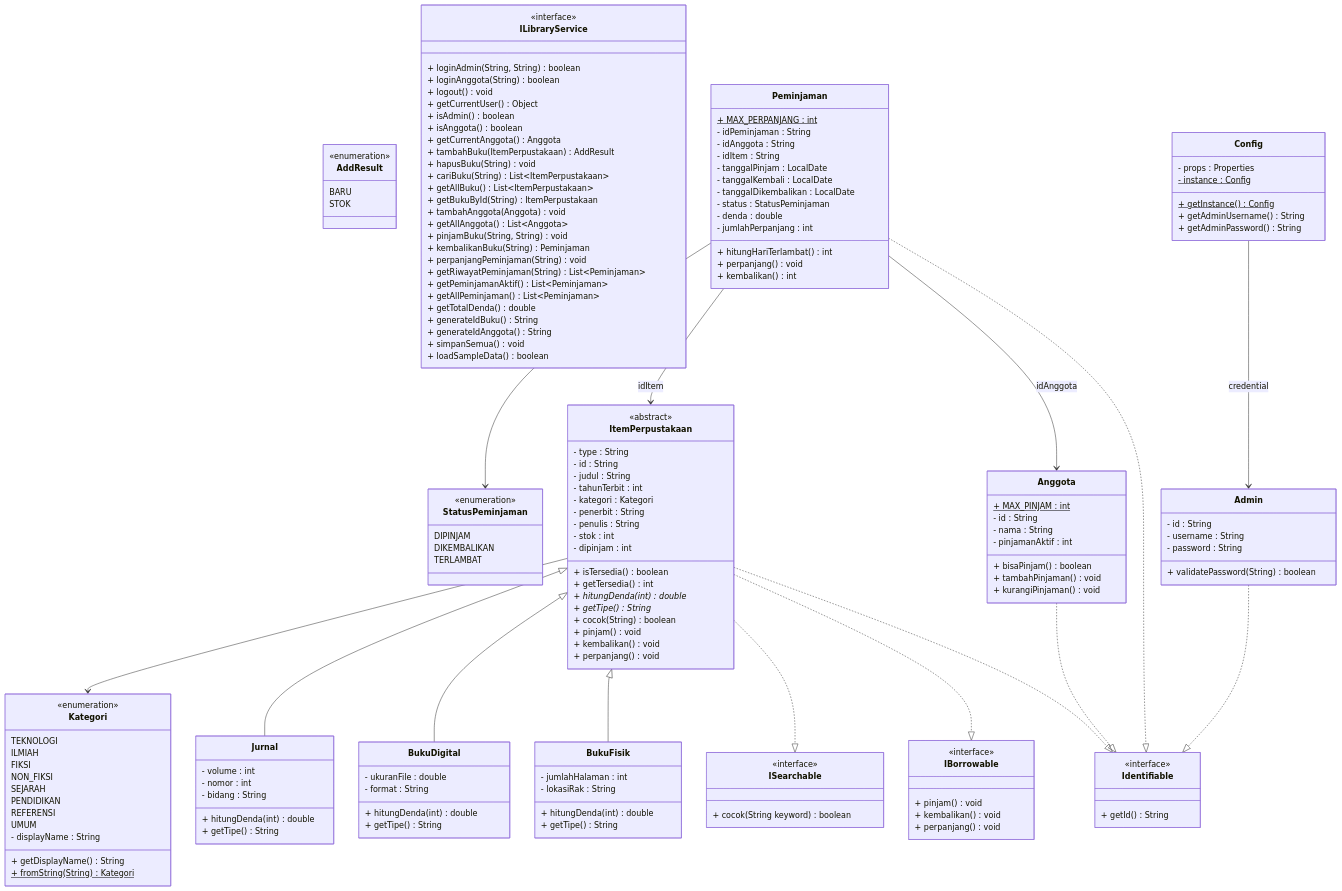
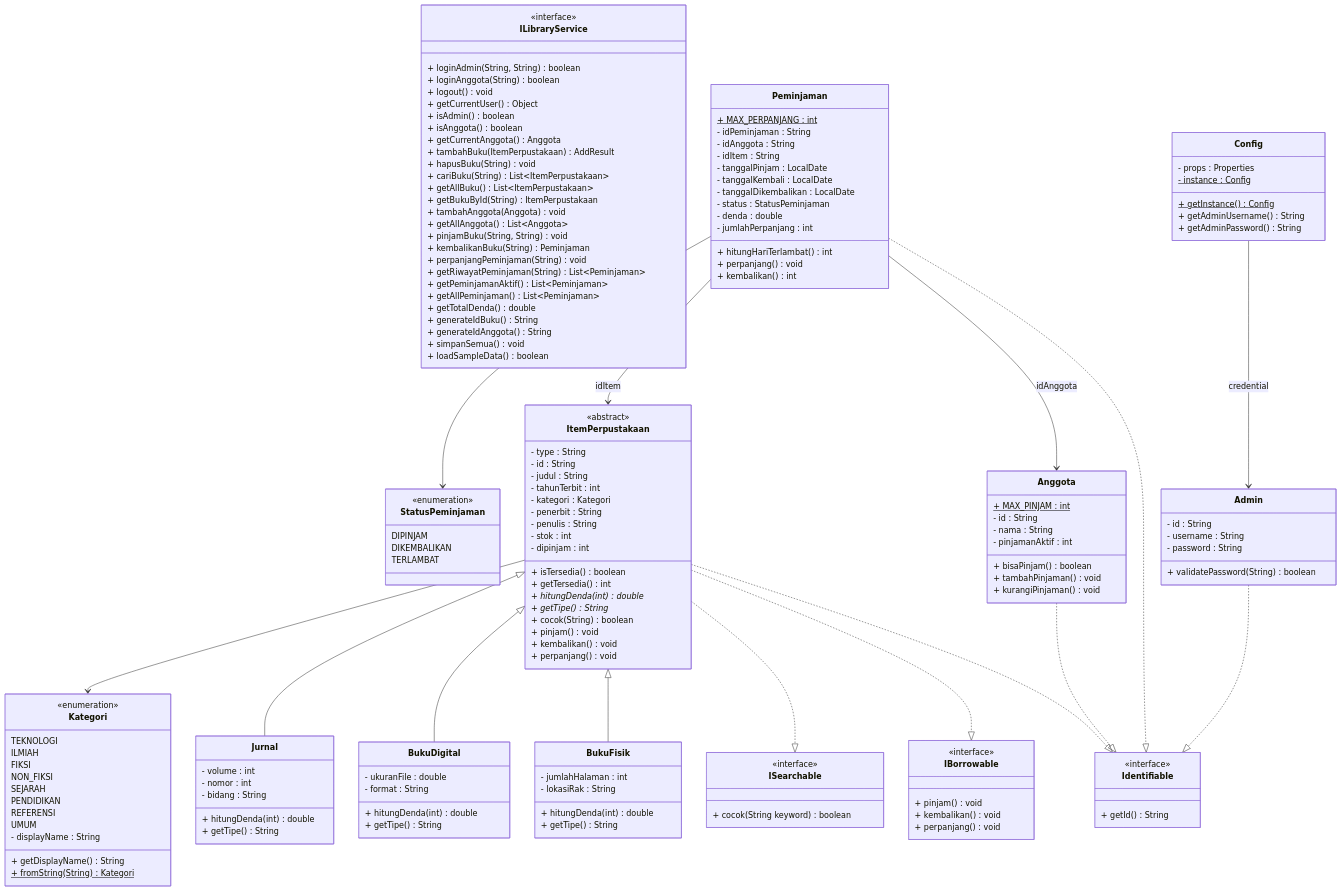
One commit to kemal-faza/sistem-perpustakaan-pbo changed the first of 3 diagrams in README.md. Above: the diagram before and after it, drawn with Mermaid.

Commit message:
pindahkan AddResult dari Domain ke Service & UI diagram
- Hapus AddResult dari Domain Model (tidak ada relasi internal)
- Upgrade ghost AddResult di Service & UI ke full definition
- Semua relasi BukuService/PerpustakaanService ke AddResult tetap utuh

```diff
--- a/README.md
+++ b/README.md
@@ -240,11 +240,6 @@
         DIPINJAM
         DIKEMBALIKAN
         TERLAMBAT
-    }
-    class AddResult {
-        <<enumeration>>
-        BARU
-        STOK
     }
     class Kategori {
         <<enumeration>>
```
